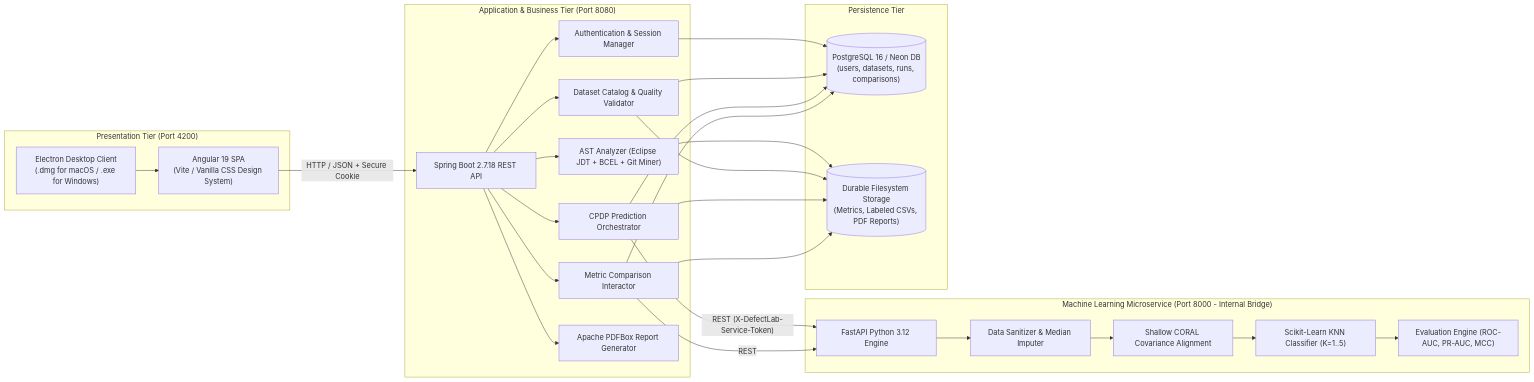
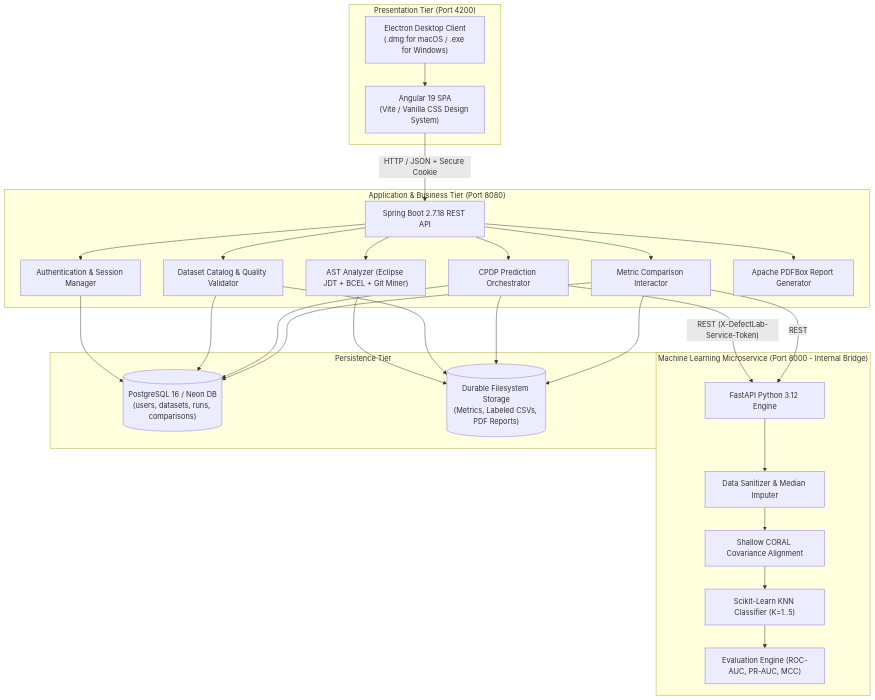
Before and after one commit to Rakibul1411/Software-Metrics-Calculation: the first of 5 diagrams in README.md, drawn with Mermaid. The commit also changed other lines of this file, not shown here.

Commit message:
docs: update architecture, domain, and workflow diagrams in README

````diff
--- a/README.md
+++ b/README.md
@@ -42,54 +42,54 @@
 ```mermaid
-flowchart LR
+flowchart TD
     subgraph Presentation_Tier["Presentation Tier (Port 4200)"]
         UI["Angular 19 SPA<br/>(Vite / Vanilla CSS Design System)"]
         DESKTOP["Electron Desktop Client<br/>(.dmg for macOS / .exe for Windows)"]
     end
 
     subgraph Application_Tier["Application & Business Tier (Port 8080)"]
         API["Spring Boot 2.7.18 REST API"]
         AUTH["Authentication & Session Manager"]
         ANALYSIS["AST Analyzer (Eclipse JDT + BCEL + Git Miner)"]
         DATASET["Dataset Catalog & Quality Validator"]
         PREDICT["CPDP Prediction Orchestrator"]
         COMPARE["Metric Comparison Interactor"]
         REPORT["Apache PDFBox Report Generator"]
     end
 
     subgraph ML_Tier["Machine Learning Microservice (Port 8000 - Internal Bridge)"]
         ML["FastAPI Python 3.12 Engine"]
         PREP["Data Sanitizer & Median Imputer"]
         CORAL["Shallow CORAL Covariance Alignment"]
         KNN["Scikit-Learn KNN Classifier (K=1..5)"]
         EVAL["Evaluation Engine (ROC-AUC, PR-AUC, MCC)"]
     end
 
     subgraph Persistence_Tier["Persistence Tier"]
         DB[("PostgreSQL 16 / Neon DB<br/>(users, datasets, runs, comparisons)")]
         STORAGE[("Durable Filesystem Storage<br/>(Metrics, Labeled CSVs, PDF Reports)")]
     end
 
     DESKTOP --> UI
     UI -->|HTTP / JSON + Secure Cookie| API
     API --> AUTH
     API --> ANALYSIS
     API --> DATASET
     API --> PREDICT
     API --> COMPARE
     API --> REPORT
 
     PREDICT -->|"REST (X-DefectLab-Service-Token)"| ML
     COMPARE -->|REST| ML
 
     ML --> PREP --> CORAL --> KNN --> EVAL
 
     AUTH --> DB
     DATASET --> DB
     PREDICT --> DB
     COMPARE --> DB
 
     ANALYSIS --> STORAGE
     DATASET --> STORAGE
     PREDICT --> STORAGE
     COMPARE --> STORAGE
 ```
````
